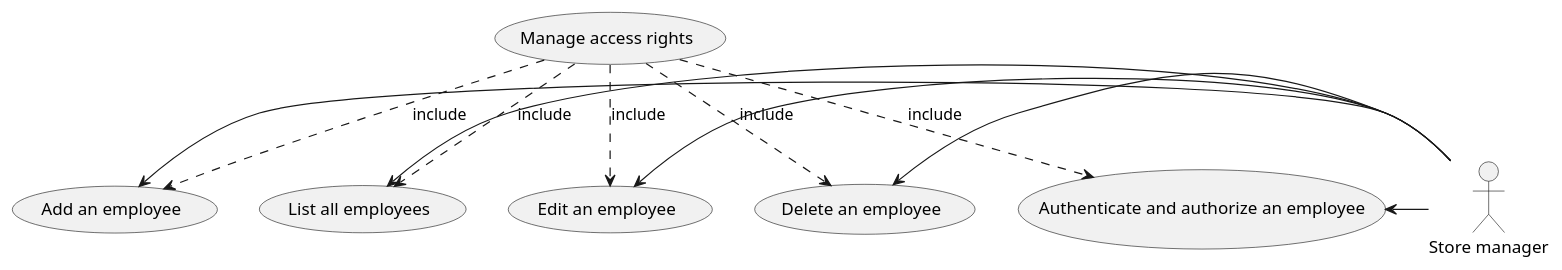
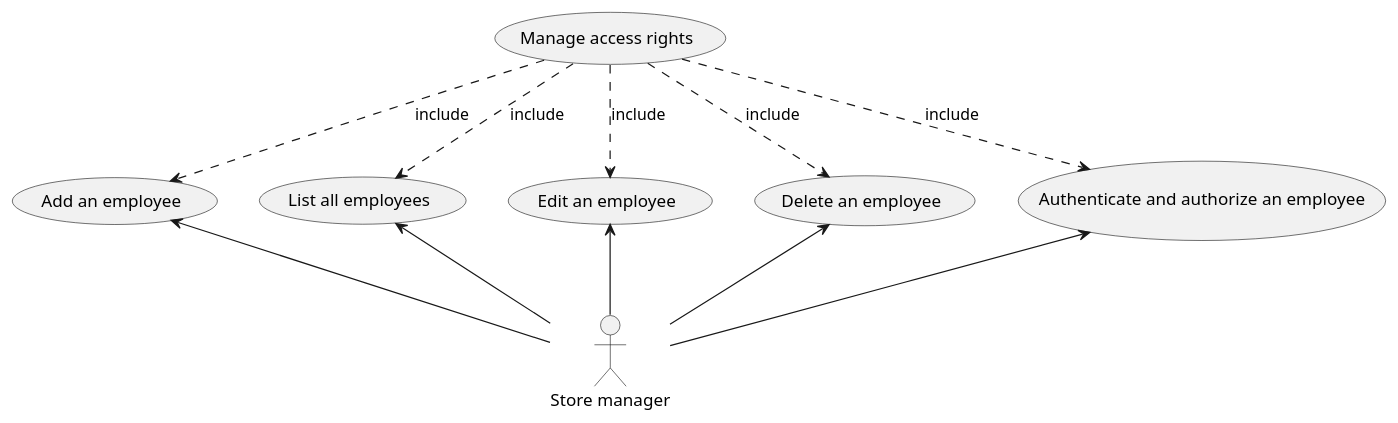
The second of 12 diagrams in Deliverables/RequirementsDocument.md (polito-se2-21-r03/se1-ezshop), drawn with PlantUML before and after one commit.

Commit message:
Fixed layout of UC1

````diff
--- a/Deliverables/RequirementsDocument.md
+++ b/Deliverables/RequirementsDocument.md
@@ -198,22 +198,22 @@
 ```plantuml
 "Store manager" as StoreManager
 (Manage access rights) as FR1
 (Add an employee) as UC1.1
 (List all employees) as UC1.2
 (Edit an employee) as UC1.3
 (Delete an employee) as UC1.4
 (Authenticate and authorize an employee) as UC1.5
 
 FR1 ..> UC1.1 :include
 FR1 ..> UC1.2 :include
 FR1 ..> UC1.3 :include
 FR1 ..> UC1.4 :include
 FR1 ..> UC1.5 :include
 
-UC1.1 <- StoreManager
-UC1.2 <- StoreManager
-UC1.3 <- StoreManager
-UC1.4 <- StoreManager
-UC1.5 <- StoreManager
+UC1.1 <-- StoreManager
+UC1.2 <-- StoreManager
+UC1.3 <-- StoreManager
+UC1.4 <-- StoreManager
+UC1.5 <-- StoreManager
 
 ```
````
